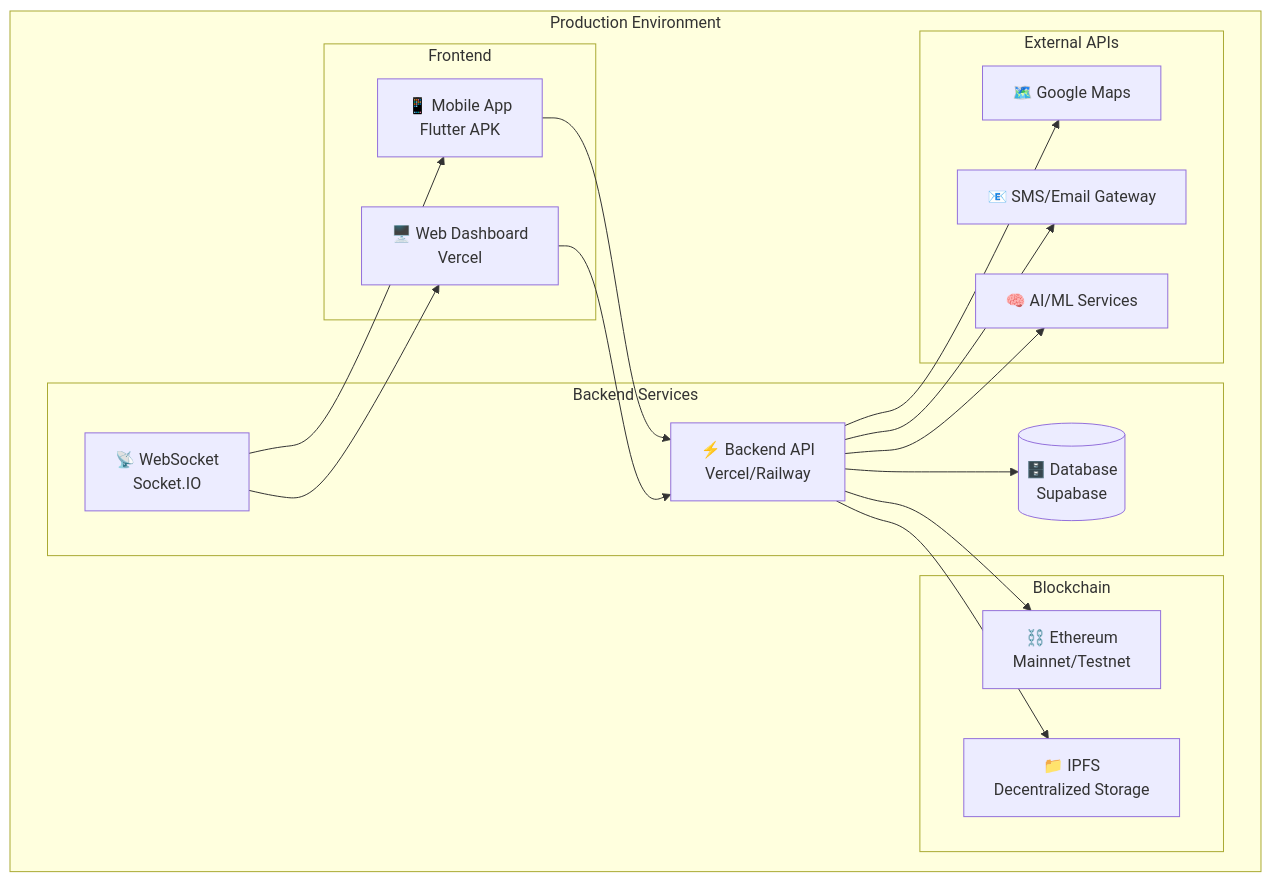
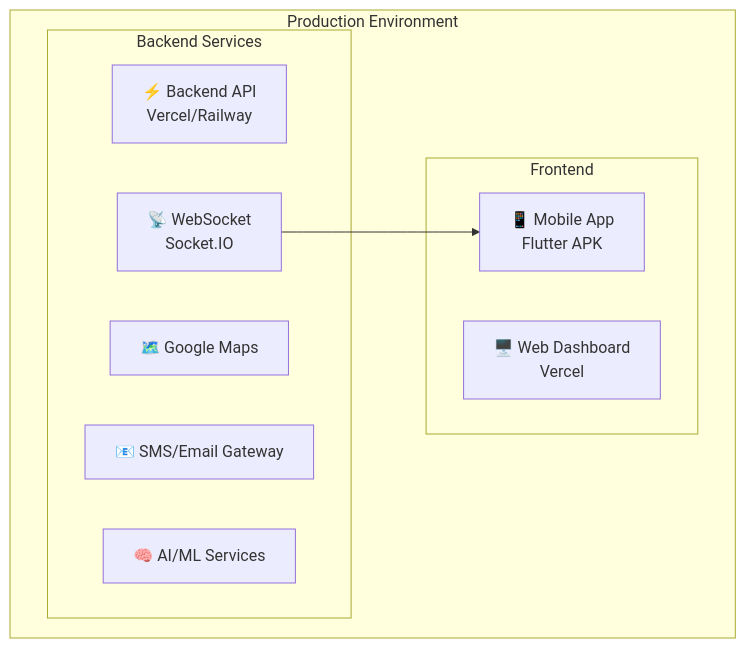
Before and after one commit to AnupamSingh2004/Safer: the second of 3 diagrams in README.md, drawn with Mermaid. The commit also changed other lines of this file and 4 other files, not shown here.

````diff
--- a/README.md
+++ b/README.md
@@ -377,37 +356,18 @@
 ```mermaid
 graph TB
     subgraph "Production Environment"
         subgraph "Frontend"
             MA[📱 Mobile App<br/>Flutter APK]
             WD[🖥️ Web Dashboard<br/>Vercel]
         end
-        
         subgraph "Backend Services"
             API[⚡ Backend API<br/>Vercel/Railway]
             WS[📡 WebSocket<br/>Socket.IO]
-            DB[(🗄️ Database<br/>Supabase)]
-        end
         
-        subgraph "Blockchain"
-            ETH[⛓️ Ethereum<br/>Mainnet/Testnet]
-            IPFS[📁 IPFS<br/>Decentralized Storage]
-        end
-        
-        subgraph "External APIs"
             GM[🗺️ Google Maps]
             SMS[📧 SMS/Email Gateway]
             AI[🧠 AI/ML Services]
         end
     end
-    
-    MA --> API
-    WD --> API
-    API --> DB
-    API --> ETH
-    API --> IPFS
-    API --> GM
-    API --> SMS
-    API --> AI
     WS --> MA
-    WS --> WD
 ```
````
